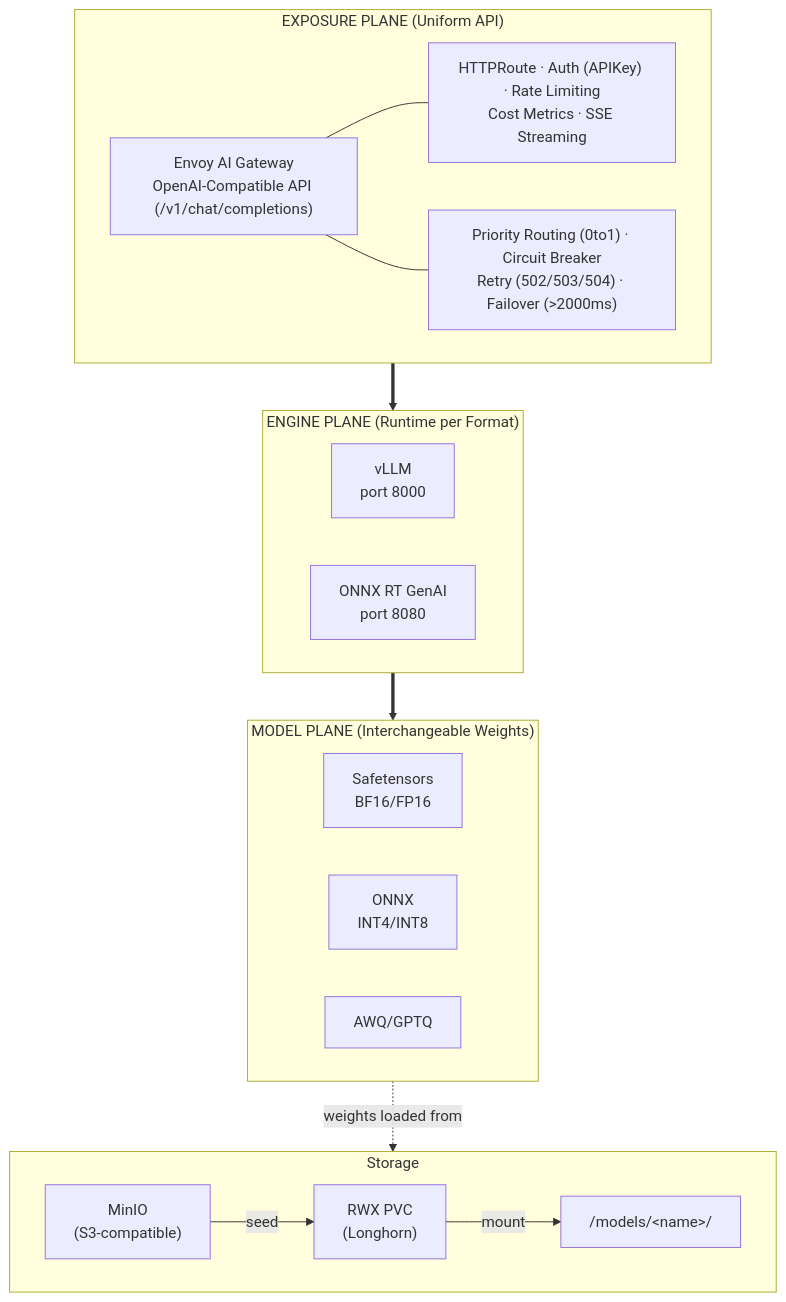
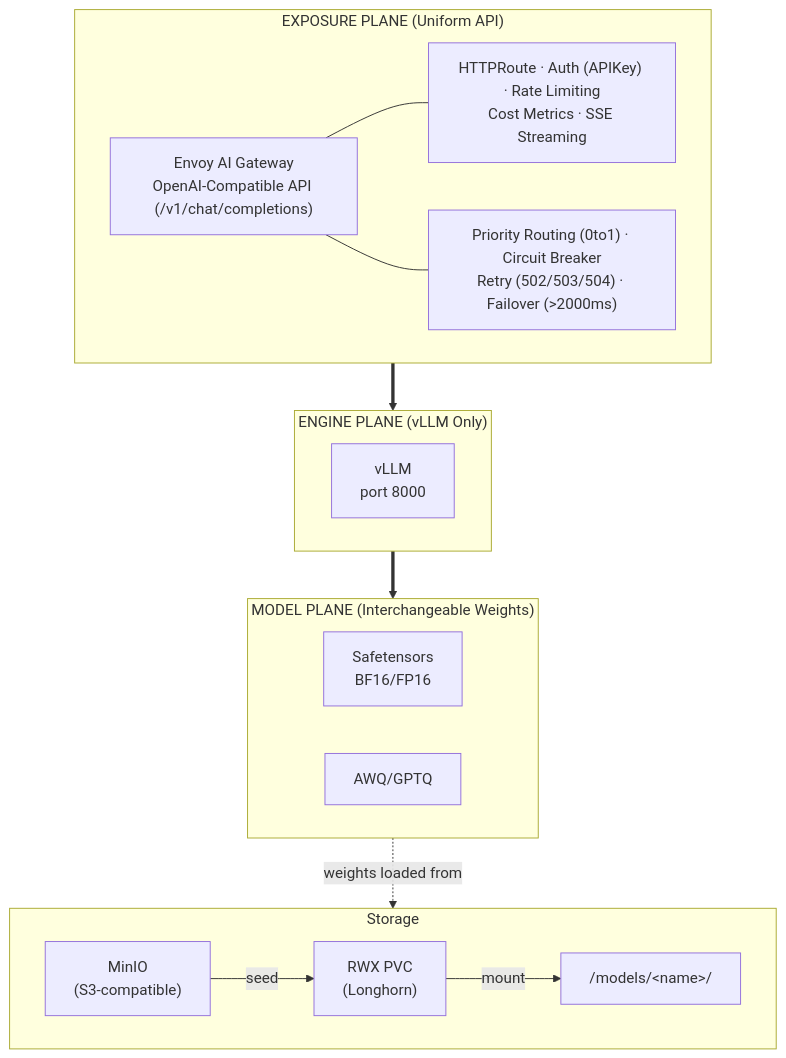
The first of 9 diagrams in README.md (ADORSYS-GIS/Custom-Ai-Ops), drawn with Mermaid before and after one commit. The commit also changed other lines of this file and 29 other files, not shown here.

````diff
--- a/README.md
+++ b/README.md
@@ -118,33 +117,31 @@
 ```mermaid
 graph TB
     subgraph Exposure["EXPOSURE PLANE (Uniform API)"]
         GW["Envoy AI Gateway<br/>OpenAI-Compatible API (/v1/chat/completions)"]
         GW_FEAT["HTTPRoute · Auth (APIKey) · Rate Limiting<br/>Cost Metrics · SSE Streaming"]
         GW_RESIL["Priority Routing (0to1) · Circuit Breaker<br/>Retry (502/503/504) · Failover (>2000ms)"]
         GW --- GW_FEAT
         GW --- GW_RESIL
     end
 
-    subgraph Engine["ENGINE PLANE (Runtime per Format)"]
+    subgraph Engine["ENGINE PLANE (vLLM Only)"]
         VLLM["vLLM<br/>port 8000"]
-        ONNX["ONNX RT GenAI<br/>port 8080"]
     end
 
     subgraph Model["MODEL PLANE (Interchangeable Weights)"]
         SAFE["Safetensors<br/>BF16/FP16"]
-        ONNXW["ONNX<br/>INT4/INT8"]
         AWQ["AWQ/GPTQ"]
     end
 
     subgraph Storage["Storage"]
         MINIO["MinIO<br/>(S3-compatible)"]
         PVC["RWX PVC<br/>(Longhorn)"]
         MOUNT["/models/&lt;name&gt;/"]
         MINIO -->|seed| PVC
         PVC -->|mount| MOUNT
     end
 
     Exposure ==> Engine
     Engine ==> Model
     Model -.->|weights loaded from| Storage
 ```
````
